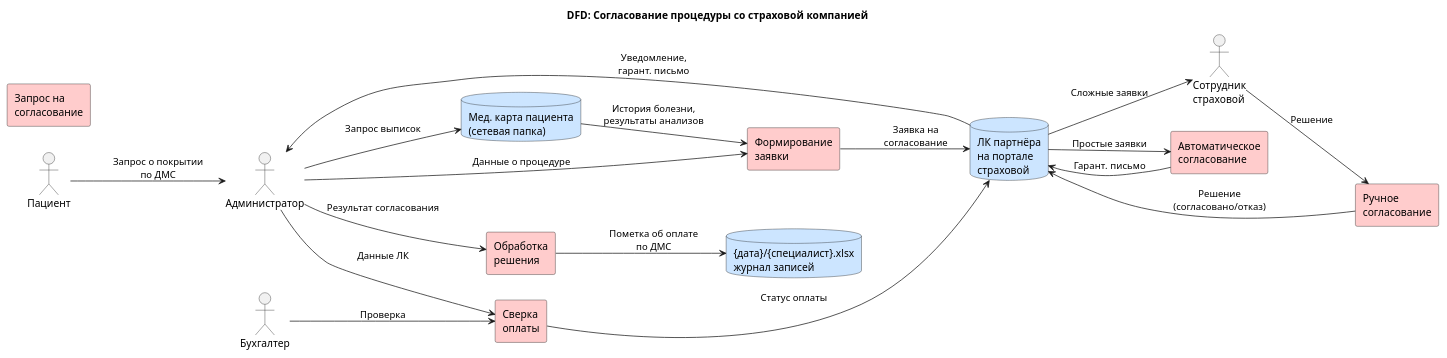
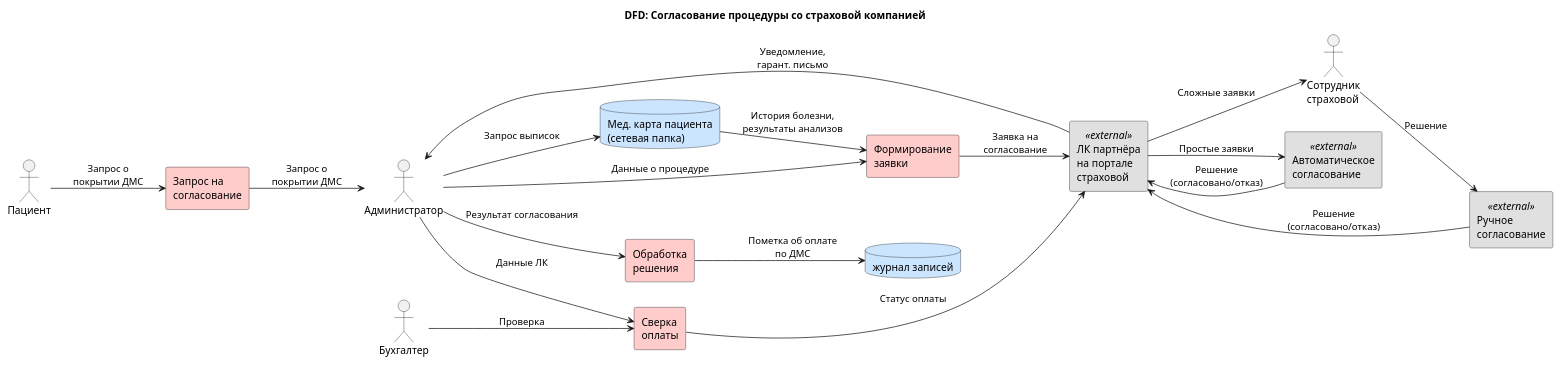
One commit to Felix-neko/architecture-medikamente changed the diagram in task_1_analysis/data_flow_diagrams/as_is/04_insurance_approval.puml. Above: the diagram before and after it, drawn with PlantUML. The commit also changed 1 other file, not shown here.

Commit message:
Слекгка причесали диаграммки...

```diff
--- a/task_1_analysis/data_flow_diagrams/as_is/04_insurance_approval.puml
+++ b/task_1_analysis/data_flow_diagrams/as_is/04_insurance_approval.puml
@@ -1,50 +1,58 @@
 @startuml
 ' Диаграмма потока данных: Согласование процедуры со страховой компанией
 left to right direction
 title DFD: Согласование процедуры со страховой компанией
 
 skinparam rectangle {
   BackgroundColor #FFCCCC
 }
+skinparam rectangle<<external>> {
+  BackgroundColor #E0E0E0
+}
+
 skinparam database {
   BackgroundColor #CCE5FF
+}
+skinparam database<<external>> {
+  BackgroundColor #E0E0E0
 }
 
 ' Участники (человечки)
 actor "Пациент" as patient
 actor "Администратор" as admin
 actor "Сотрудник\nстраховой" as insurer
 actor "Бухгалтер" as accountant
 
 ' Хранилища данных (базы данных)
 database "Мед. карта пациента\n(сетевая папка)" as med_card
-database "ЛК партнёра\nна портале\nстраховой" as insurance_portal
-database "{дата}/{специалист}.xlsx\nжурнал записей" as schedule_db
+rectangle "ЛК партнёра\nна портале\nстраховой" <<external>> as insurance_portal
+database "журнал записей" as schedule_db
 
 ' Процессы (прямоугольники)
 rectangle "Запрос на\nсогласование" as request
 rectangle "Формирование\nзаявки" as create_claim
-rectangle "Автоматическое\nсогласование" as auto_approve
-rectangle "Ручное\nсогласование" as manual_approve
+rectangle "Автоматическое\nсогласование" <<external>> as auto_approve
+rectangle "Ручное\nсогласование" <<external>> as manual_approve
 rectangle "Обработка\nрешения" as process_decision
 rectangle "Сверка\nоплаты" as reconciliation
 
 ' Потоки данных
-patient --> admin : Запрос о покрытии\nпо ДМС
+patient --> request : Запрос о\nпокрытии ДМС
+request --> admin: Запрос о\nпокрытии ДМС
 admin --> med_card : Запрос выписок
 med_card --> create_claim : История болезни,\nрезультаты анализов
 admin --> create_claim : Данные о процедуре
 create_claim --> insurance_portal : Заявка на\nсогласование
 insurance_portal --> auto_approve : Простые заявки
 insurance_portal --> insurer : Сложные заявки
 insurer --> manual_approve : Решение
-auto_approve --> insurance_portal : Гарант. письмо
+auto_approve --> insurance_portal : Решение\n(согласовано/отказ)
 manual_approve --> insurance_portal : Решение\n(согласовано/отказ)
 insurance_portal --> admin : Уведомление,\nгарант. письмо
 admin --> process_decision : Результат согласования
 process_decision --> schedule_db : Пометка об оплате\nпо ДМС
 accountant --> reconciliation : Проверка
 admin --> reconciliation : Данные ЛК
 reconciliation --> insurance_portal : Статус оплаты
 
 @enduml
```
